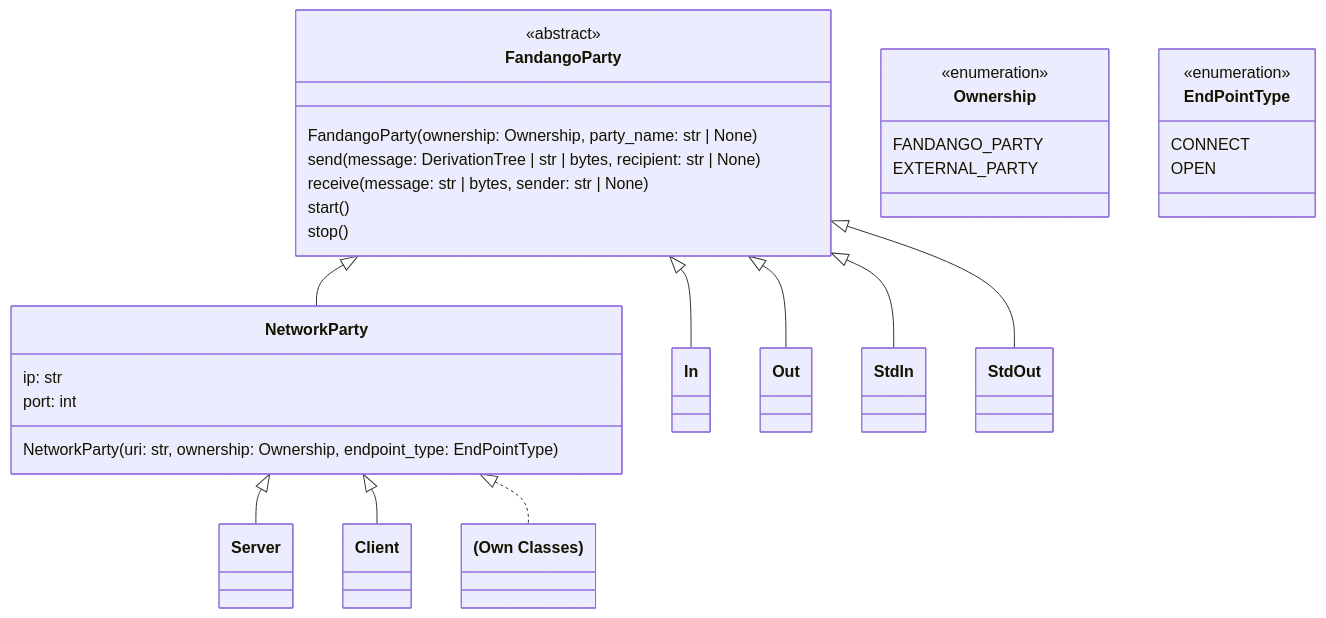
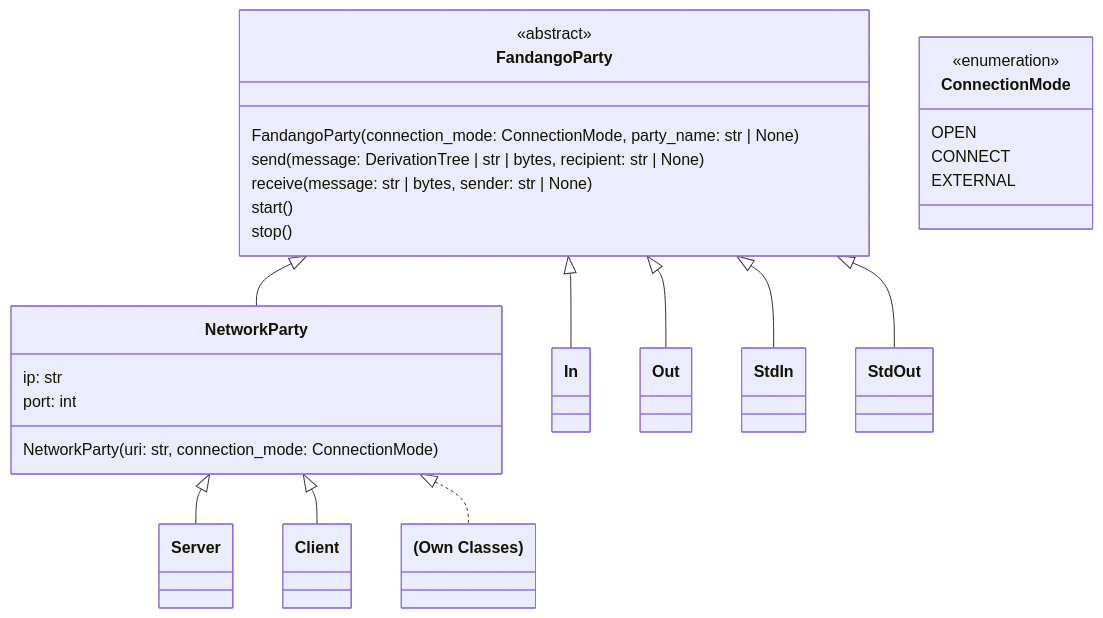
One commit to fandango-fuzzer/fandango changed the diagram in docs/FandangoParty.md. Above: the diagram before and after it, drawn with Mermaid. The commit also changed other lines of this file and 1 other file, not shown here.

Commit message:
Doc update: new FandangoParty() interface

````diff
--- a/docs/FandangoParty.md
+++ b/docs/FandangoParty.md
@@ -24,42 +24,39 @@
 ```{mermaid}
 classDiagram
     class FandangoParty {
         <<abstract>>
-        FandangoParty(ownership: Ownership, party_name: str | None)
+        FandangoParty(connection_mode: ConnectionMode, party_name: str | None)
         send(message: DerivationTree | str | bytes, recipient: str | None)
         receive(message: str | bytes, sender: str | None)
         start()
         stop()
     }
     FandangoParty <|-- NetworkParty
     class NetworkParty{
-        NetworkParty(uri: str, ownership: Ownership, endpoint_type: EndPointType)
+        NetworkParty(uri: str, connection_mode: ConnectionMode)
         ip: str
         port: int
     }
     NetworkParty <|-- Server
     NetworkParty <|-- Client
     NetworkParty <|.. `(Own Classes)`
     FandangoParty <|-- In
     FandangoParty <|-- Out
     FandangoParty <|-- StdIn
     FandangoParty <|-- StdOut
-    class Ownership {
+    class ConnectionMode {
          <<enumeration>>
-        FANDANGO_PARTY
-        EXTERNAL_PARTY
-    }
-    class EndPointType {
-         <<enumeration>>
+        OPEN
         CONNECT
-        OPEN
+        EXTERNAL
     }
     click FandangoParty href "#the-fandangoparty-class" "Base class for communicating with a party"
     click NetworkParty href "#the-networkparty-class" "Connect to an Internet party"
     click In href "#in-and-out" "Connect to standard input of an external program"
     click Out href "#in-and-out" "Connect to standard output of an external program"
     click StdIn href "#in-and-out" "Connect to standard input of Fandango"
     click StdOut href "#in-and-out" "Connect to standard output of Fandango"
     click Client href "#client-and-server" "Connect to a client"
     click Server href "#client-and-server" "Connect to a server"
+    click ConnectionMode href "#the-fandangoparty-class" "Connection mode for a FandangoParty"
 ```
````
